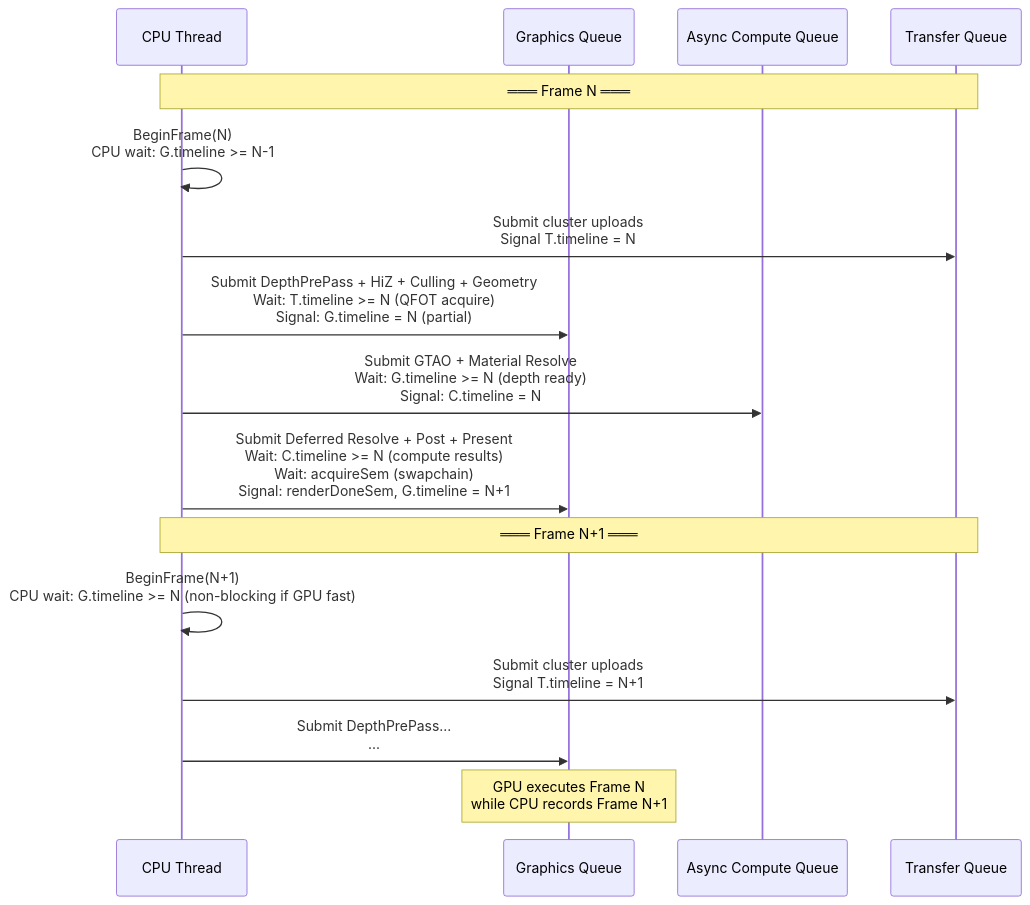
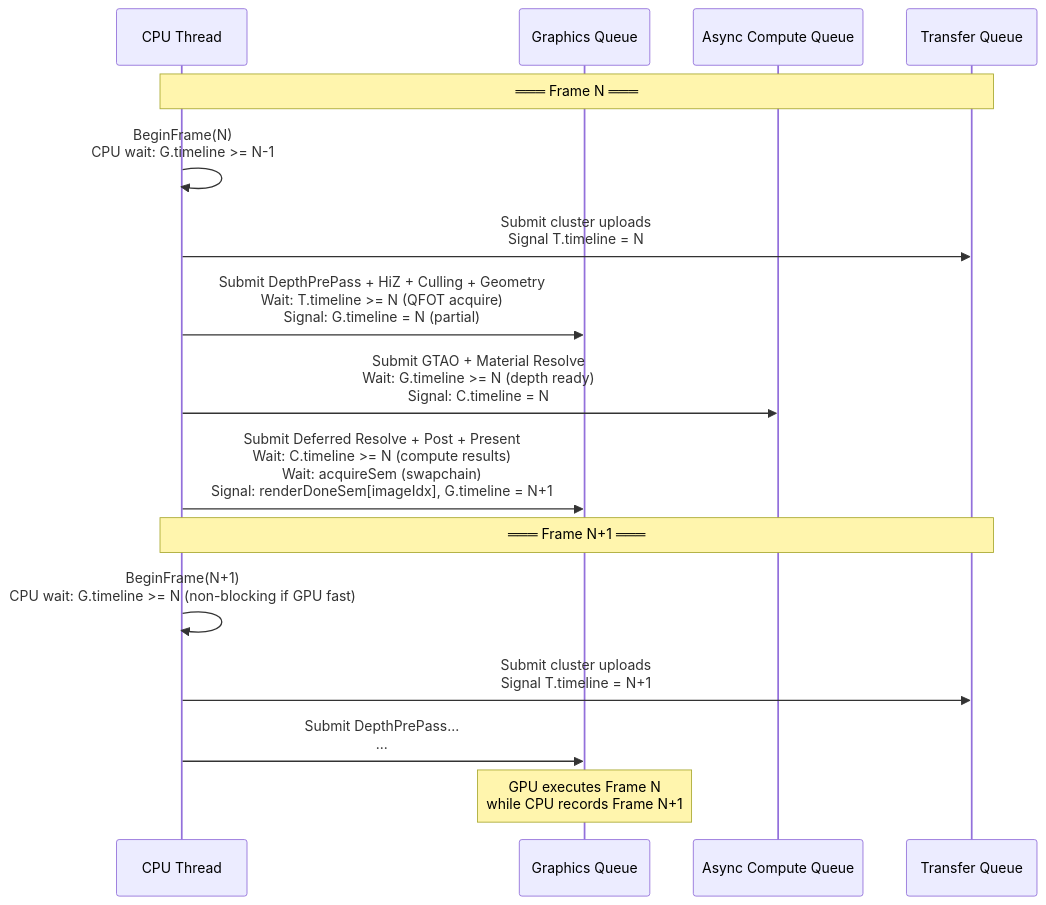
One commit to nekomiya-kasane/mitsuki changed the second of 8 diagrams in specs/03-sync.md. Above: the diagram before and after it, drawn with Mermaid. The commit also changed other lines of this file and 14 other files, not shown here.

First line of the commit message:
``` feat(rhi): add GetSwapchainImageCount API and update sync spec for per-image renderDone semaphores

````diff
--- a/specs/03-sync.md
+++ b/specs/03-sync.md
@@ -329,23 +329,23 @@
 ```mermaid
 sequenceDiagram
     participant CPU as CPU Thread
     participant GQ as Graphics Queue
     participant CQ as Async Compute Queue
     participant TQ as Transfer Queue
 
     Note over CPU,TQ: ═══ Frame N ═══
 
     CPU->>CPU: BeginFrame(N)<br/>CPU wait: G.timeline >= N-1
     CPU->>TQ: Submit cluster uploads<br/>Signal T.timeline = N
     CPU->>GQ: Submit DepthPrePass + HiZ + Culling + Geometry<br/>Wait: T.timeline >= N (QFOT acquire)<br/>Signal: G.timeline = N (partial)
     CPU->>CQ: Submit GTAO + Material Resolve<br/>Wait: G.timeline >= N (depth ready)<br/>Signal: C.timeline = N
-    CPU->>GQ: Submit Deferred Resolve + Post + Present<br/>Wait: C.timeline >= N (compute results)<br/>Wait: acquireSem (swapchain)<br/>Signal: renderDoneSem, G.timeline = N+1
+    CPU->>GQ: Submit Deferred Resolve + Post + Present<br/>Wait: C.timeline >= N (compute results)<br/>Wait: acquireSem (swapchain)<br/>Signal: renderDoneSem[imageIdx], G.timeline = N+1
 
     Note over CPU,TQ: ═══ Frame N+1 ═══
 
     CPU->>CPU: BeginFrame(N+1)<br/>CPU wait: G.timeline >= N (non-blocking if GPU fast)
     CPU->>TQ: Submit cluster uploads<br/>Signal T.timeline = N+1
     CPU->>GQ: Submit DepthPrePass...<br/>...
 
     Note over GQ: GPU executes Frame N<br/>while CPU records Frame N+1
 ```
````
